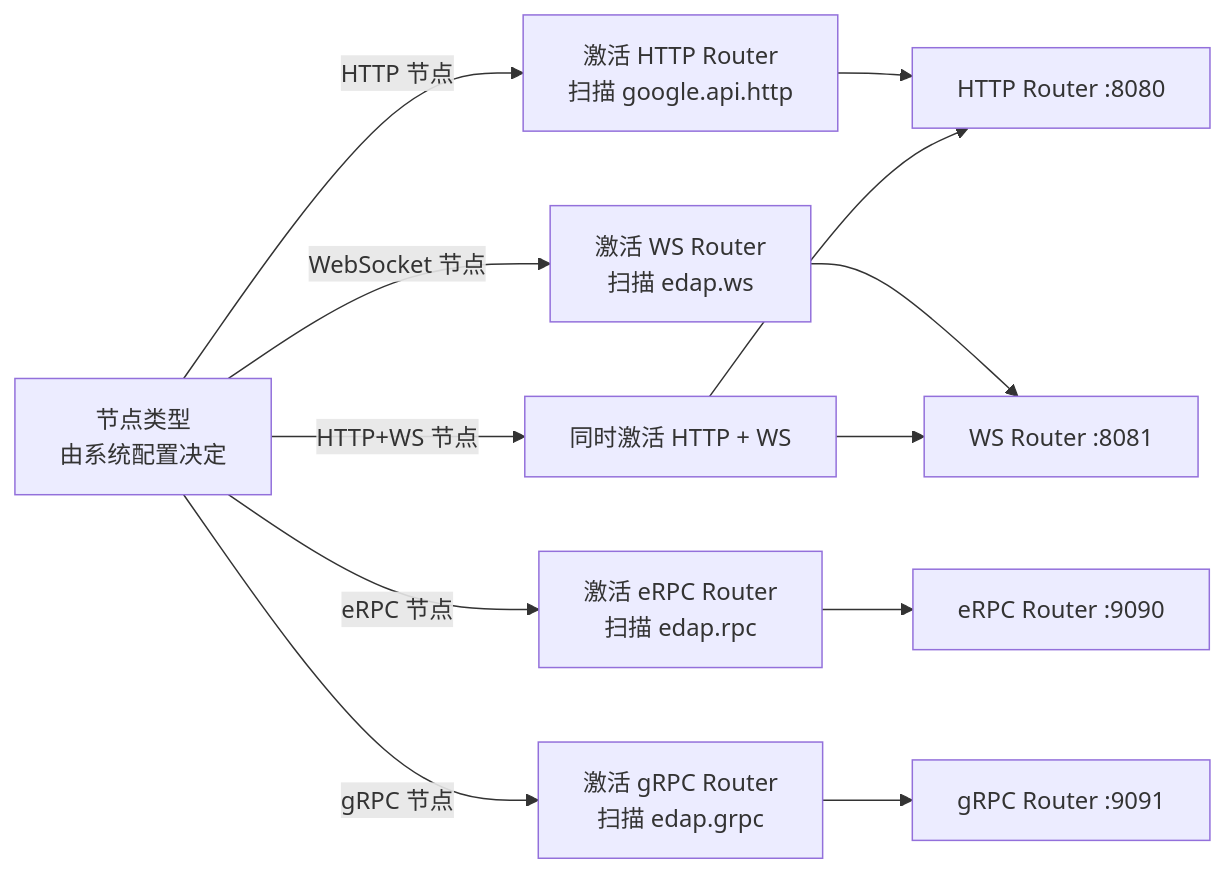
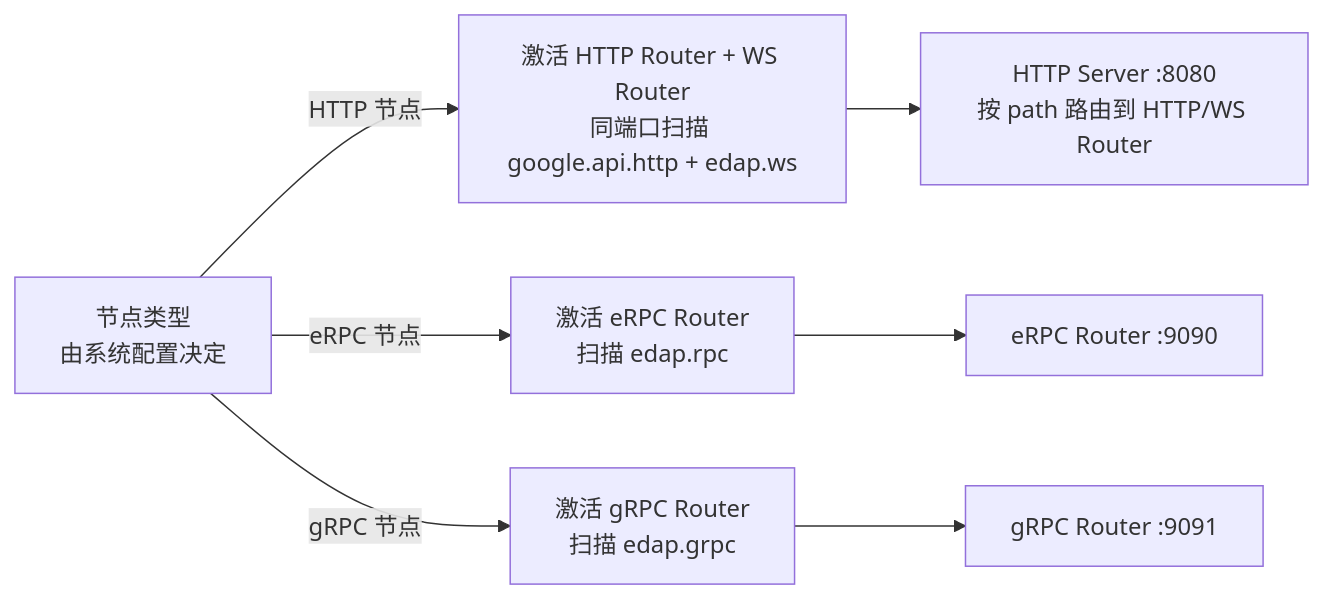
Diagram 21 of 42 in README.md (edap-io/edap), drawn with Mermaid before and after one commit. The commit also changed other lines of this file, not shown here.

````diff
--- a/README.md
+++ b/README.md
@@ -1423,16 +1417,11 @@
 ```mermaid
 flowchart LR
     NodeType[节点类型<br/>由系统配置决定]
-    NodeType -->|HTTP 节点| Reg1[激活 HTTP Router<br/>扫描 google.api.http]
-    NodeType -->|WebSocket 节点| Reg2[激活 WS Router<br/>扫描 edap.ws]
-    NodeType -->|HTTP+WS 节点| Reg3[同时激活 HTTP + WS]
-    NodeType -->|eRPC 节点| Reg4[激活 eRPC Router<br/>扫描 edap.rpc]
-    NodeType -->|gRPC 节点| Reg5[激活 gRPC Router<br/>扫描 edap.grpc]
+    NodeType -->|HTTP 节点| Reg1[激活 HTTP Router + WS Router<br/>同端口扫描 google.api.http + edap.ws]
+    NodeType -->|eRPC 节点| Reg2[激活 eRPC Router<br/>扫描 edap.rpc]
+    NodeType -->|gRPC 节点| Reg3[激活 gRPC Router<br/>扫描 edap.grpc]
 
-    Reg1 --> R1[HTTP Router :8080]
-    Reg2 --> R2[WS Router :8081]
-    Reg3 --> R1
-    Reg3 --> R2
-    Reg4 --> R4Router[eRPC Router :9090]
-    Reg5 --> R5Router[gRPC Router :9091]
+    Reg1 --> R1[HTTP Server :8080<br/>按 path 路由到 HTTP/WS Router]
+    Reg2 --> R2[eRPC Router :9090]
+    Reg3 --> R3[gRPC Router :9091]
 ```
````
